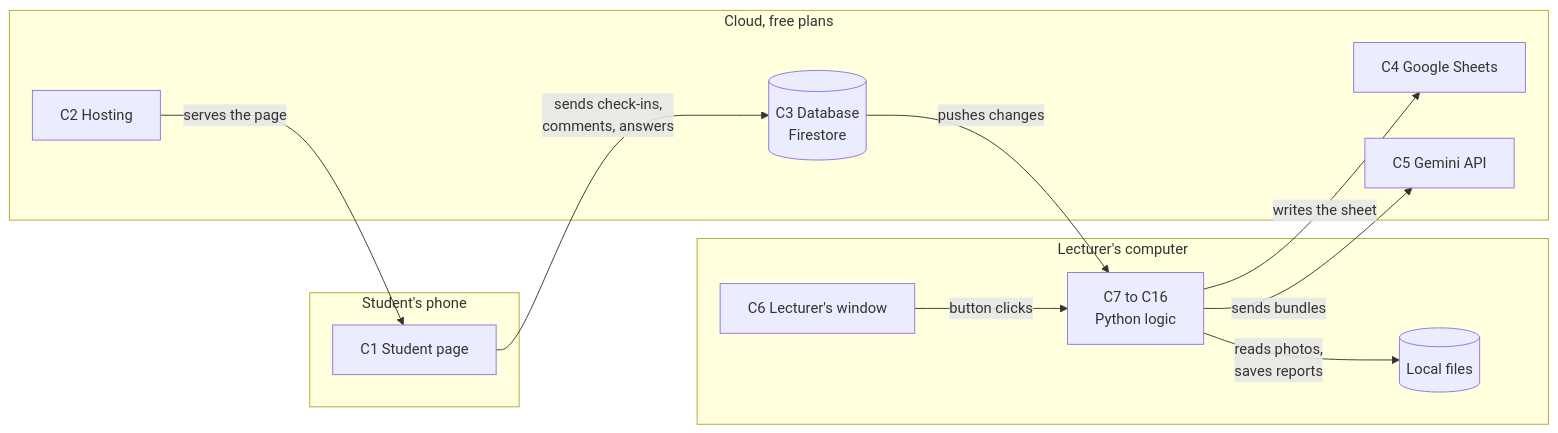
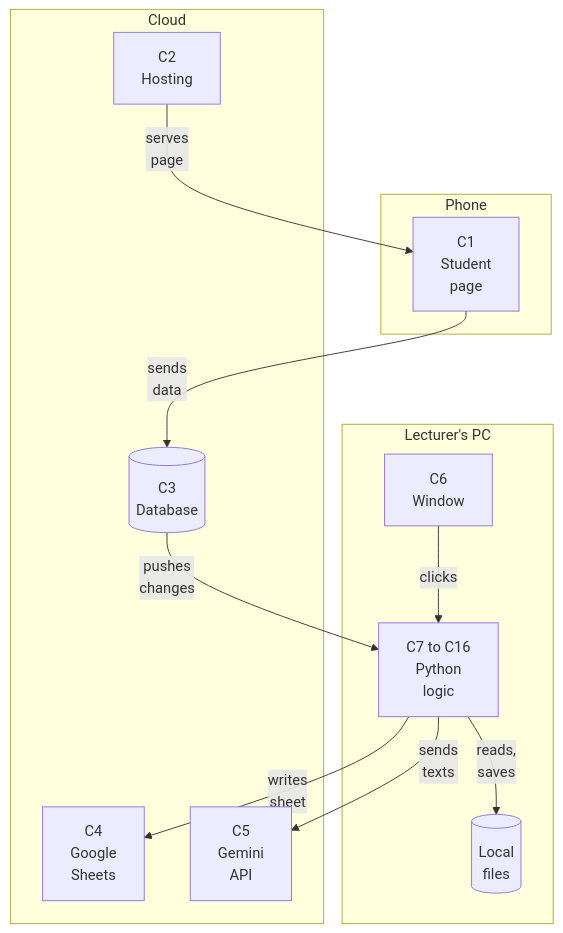
One commit to yonatanShoval/OOP_Exercise2 changed the first of 4 diagrams in docs/components.md. Above: the diagram before and after it, drawn with Mermaid. The commit also changed other lines of this file and 3 other files, not shown here.

First line of the commit message:
Fix the component diagrams for GitHub; automatic lecture summary through Gemini

````diff
--- a/docs/components.md
+++ b/docs/components.md
@@ -31,24 +31,24 @@
 ```mermaid
-flowchart LR
-    subgraph Phone["Student's phone"]
-        P["C1 Student page"]
+flowchart TB
+    subgraph Phone["Phone"]
+        P["C1<br/>Student<br/>page"]
     end
-    subgraph Cloud["Cloud, free plans"]
-        H["C2 Hosting"]
-        DB[("C3 Database<br/>Firestore")]
-        GS["C4 Google Sheets"]
-        GM["C5 Gemini API"]
+    subgraph Cloud["Cloud"]
+        H["C2<br/>Hosting"]
+        DB[("C3<br/>Database")]
+        GS["C4<br/>Google<br/>Sheets"]
+        GM["C5<br/>Gemini<br/>API"]
     end
-    subgraph PC["Lecturer's computer"]
-        W["C6 Lecturer's window"]
-        PY["C7 to C16<br/>Python logic"]
-        F[("Local files")]
+    subgraph PC["Lecturer's PC"]
+        W["C6<br/>Window"]
+        PY["C7 to C16<br/>Python<br/>logic"]
+        F[("Local<br/>files")]
     end
-    H -- "serves the page" --> P
-    P -- "sends check-ins,<br/>comments, answers" --> DB
-    DB -- "pushes changes" --> PY
-    W -- "button clicks" --> PY
-    PY -- "writes the sheet" --> GS
-    PY -- "sends bundles" --> GM
-    PY -- "reads photos,<br/>saves reports" --> F
+    H -- "serves<br/>page" --> P
+    P -- "sends<br/>data" --> DB
+    DB -- "pushes<br/>changes" --> PY
+    W -- "clicks" --> PY
+    PY -- "writes<br/>sheet" --> GS
+    PY -- "sends<br/>texts" --> GM
+    PY -- "reads,<br/>saves" --> F
 ```
````
